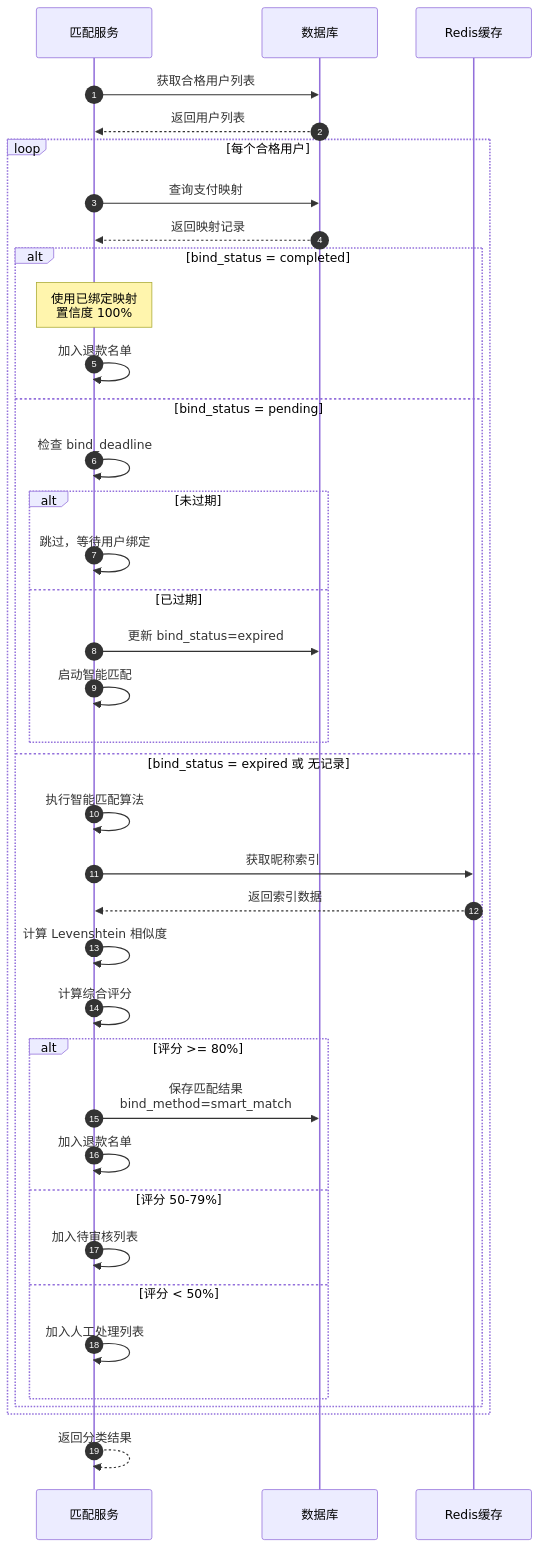
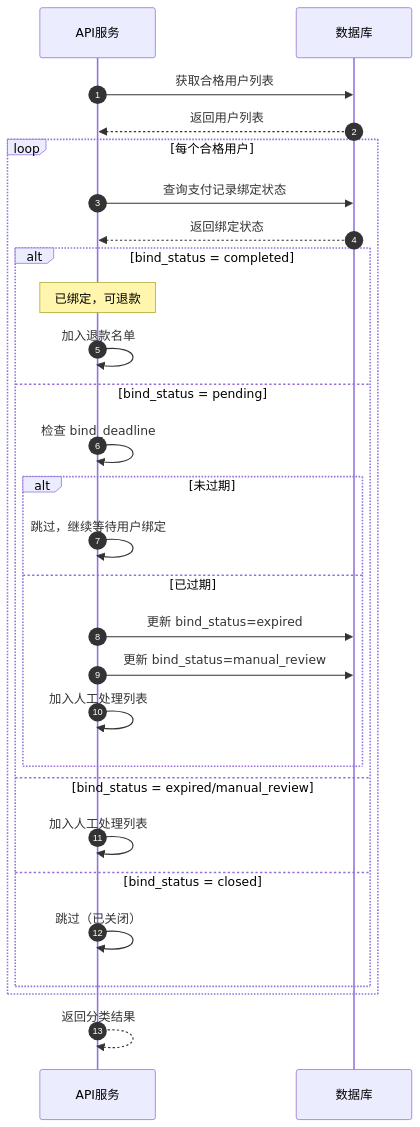
Before and after one commit to yiancode/AutoDepositRefundAgent: diagram 28 of 58 in docs/v1/技术方案.md, drawn with Mermaid. The commit also changed other lines of this file and 9 other files, not shown here.

````diff
--- a/docs/v1/技术方案.md
+++ b/docs/v1/技术方案.md
@@ -1217,47 +1316,35 @@
 ```mermaid
 sequenceDiagram
     autonumber
-    participant API as 匹配服务
+    participant API as API服务
     participant DB as 数据库
-    participant Cache as Redis缓存
 
     API->>DB: 获取合格用户列表
     DB-->>API: 返回用户列表
 
     loop 每个合格用户
-        API->>DB: 查询支付映射
-        DB-->>API: 返回映射记录
+        API->>DB: 查询支付记录绑定状态
+        DB-->>API: 返回绑定状态
 
         alt bind_status = completed
-            Note over API: 使用已绑定映射<br/>置信度 100%
+            Note over API: 已绑定，可退款
             API->>API: 加入退款名单
         else bind_status = pending
             API->>API: 检查 bind_deadline
 
             alt 未过期
-                API->>API: 跳过，等待用户绑定
+                API->>API: 跳过，继续等待用户绑定
             else 已过期
                 API->>DB: 更新 bind_status=expired
-                API->>API: 启动智能匹配
-            end
-        else bind_status = expired 或 无记录
-            API->>API: 执行智能匹配算法
-            API->>Cache: 获取昵称索引
-            Cache-->>API: 返回索引数据
-
-            API->>API: 计算 Levenshtein 相似度
-            API->>API: 计算综合评分
-
-            alt 评分 >= 80%
-                API->>DB: 保存匹配结果<br/>bind_method=smart_match
-                API->>API: 加入退款名单
-            else 评分 50-79%
-                API->>API: 加入待审核列表
-            else 评分 < 50%
+                API->>DB: 更新 bind_status=manual_review
                 API->>API: 加入人工处理列表
             end
+        else bind_status = expired/manual_review
+            API->>API: 加入人工处理列表
+        else bind_status = closed
+            API->>API: 跳过（已关闭）
         end
     end
 
     API-->>API: 返回分类结果
 ```
````
